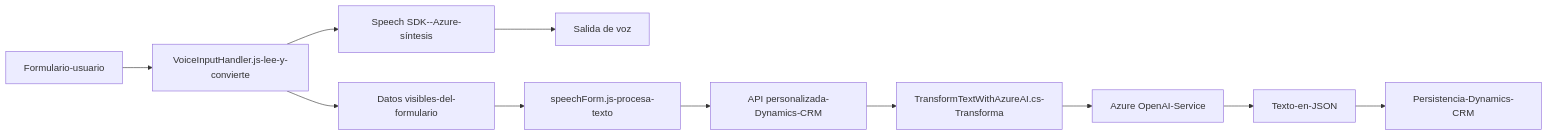
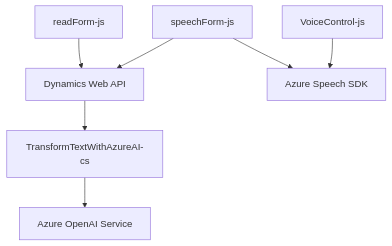
The diagram in README.md (blopezdm/NETCORE_BILBAO2025), drawn with Mermaid before and after one commit. The commit also changed other lines of this file, not shown here.

````diff
--- a/README.md
+++ b/README.md
@@ -36,13 +35,17 @@
 ```mermaid
-graph LR
-    A["Formulario-usuario"] --> B["VoiceInputHandler.js-lee-y-convierte"]
-    B --> C["Speech SDK--Azure-síntesis"]
-    C --> D["Salida de voz"]
-    B --> E["Datos visibles-del-formulario"]
-    E --> F["speechForm.js-procesa-texto"]
-    F --> G["API personalizada-Dynamics-CRM"]
-    G --> H["TransformTextWithAzureAI.cs-Transforma"]
-    H --> I["Azure OpenAI-Service"]
-    I --> J["Texto-en-JSON"]
-    J --> K["Persistencia-Dynamics-CRM"]
+graph TD
+    A["readForm-js"]
+    B["speechForm-js"]
+    C["VoiceControl-js"]
+    D["Dynamics Web API"]
+    E["Azure Speech SDK"]
+    F["TransformTextWithAzureAI-cs"]
+    G["Azure OpenAI Service"]
+
+    A --> D
+    B --> E
+    C --> E
+    D --> F
+    F --> G
+    B --> D
 ```
````
